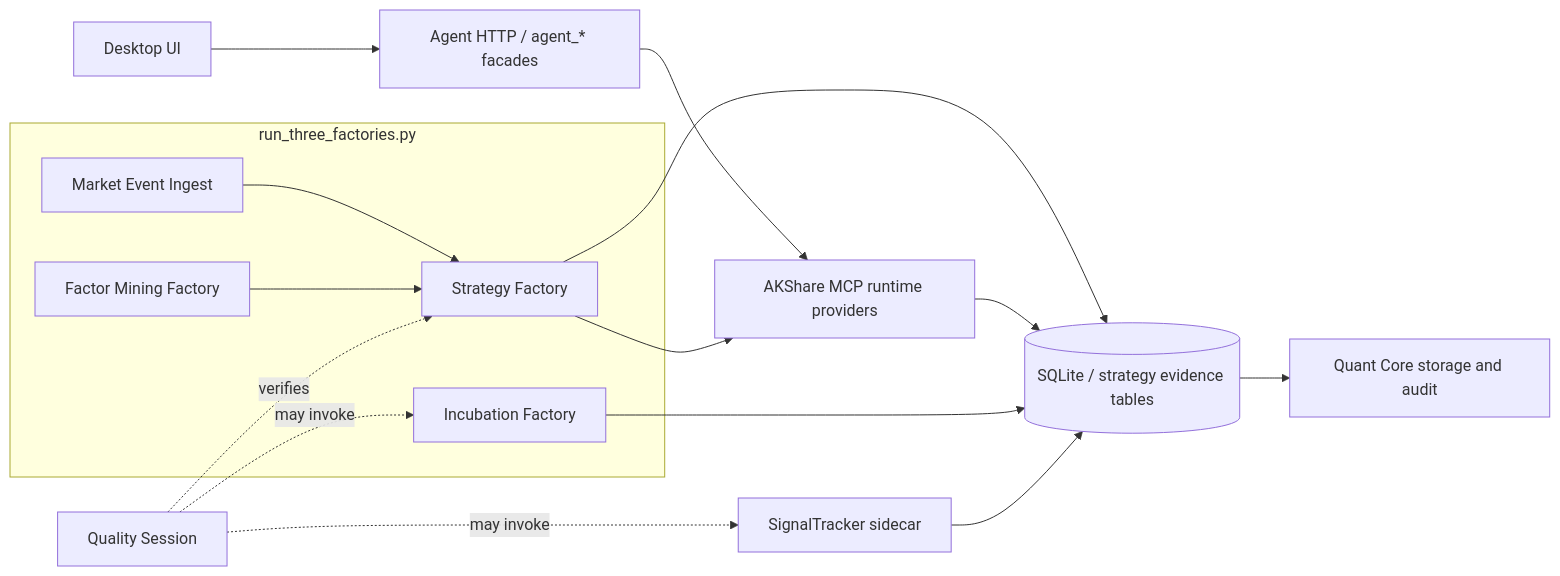
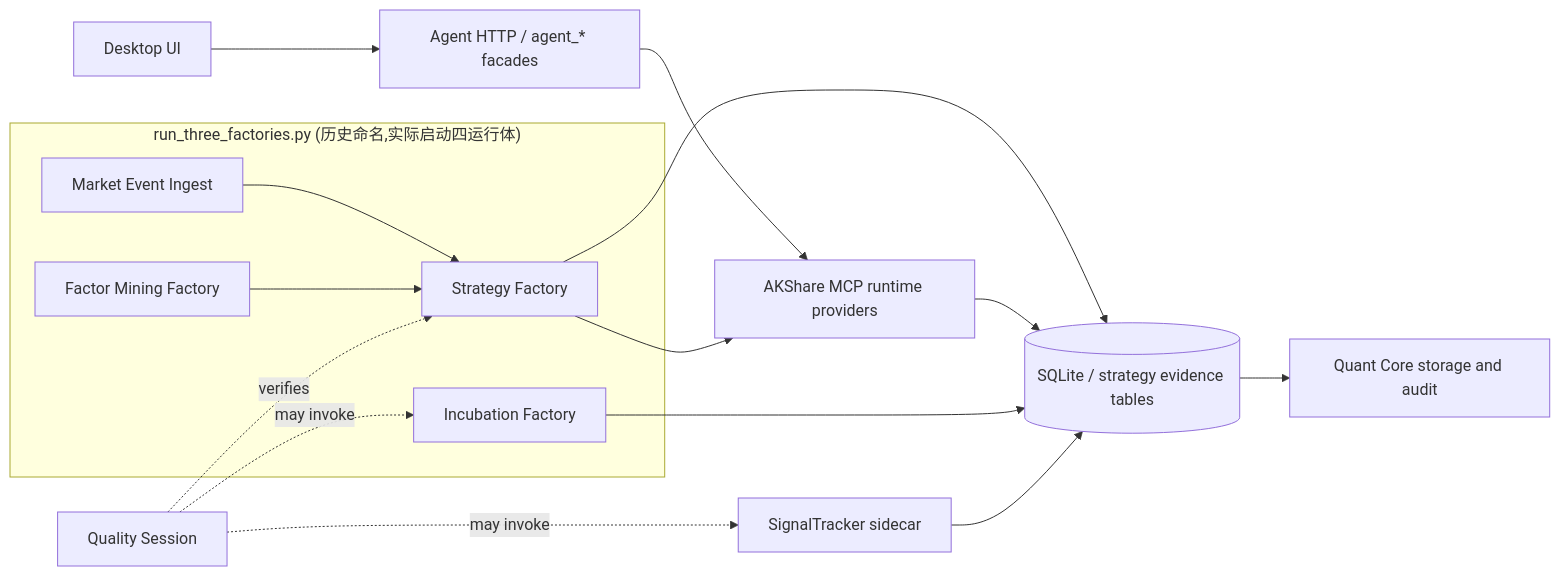
The diagram in docs/factory-architecture/01-当前实际架构.md (walkingzzzy/AIASK), drawn with Mermaid before and after one commit. The commit also changed other lines of this file and 4339 other files, not shown here.

First line of the commit message:
fix(factory): complete Provider architecture refactor

````diff
--- a/docs/factory-architecture/01-当前实际架构.md
+++ b/docs/factory-architecture/01-当前实际架构.md
@@ -34,31 +72,31 @@
 ```mermaid
 flowchart LR
-  subgraph Supervisor["run_three_factories.py"]
+  subgraph Supervisor["run_three_factories.py (历史命名,实际启动四运行体)"]
     SF["Strategy Factory"]
     FMF["Factor Mining Factory"]
     IF["Incubation Factory"]
     MEI["Market Event Ingest"]
   end
 
   ST["SignalTracker sidecar"]
   QS["Quality Session"]
   DB[("SQLite / strategy evidence tables")]
   QC["Quant Core storage and audit"]
   AK["AKShare MCP runtime providers"]
   Agent["Agent HTTP / agent_* facades"]
   Desktop["Desktop UI"]
 
   Desktop --> Agent
   Agent --> AK
   MEI --> SF
   FMF --> SF
   SF --> AK
   SF --> DB
   AK --> DB
   IF --> DB
   ST --> DB
   QS -. verifies .-> SF
   QS -. may invoke .-> ST
   QS -. may invoke .-> IF
   DB --> QC
 ```
````
